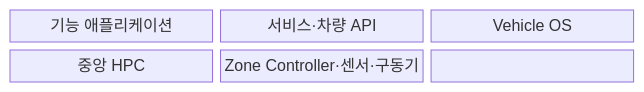
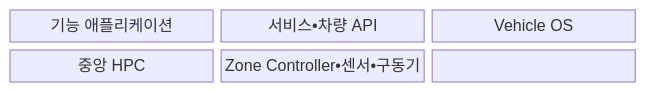
One commit to agnusdei1207/knowledge-base changed the first of 2 diagrams in src/content/docs/notes/08-latest-tech/204_software_defined_vehicle.md. Above: the diagram before and after it, drawn with Mermaid. The commit also changed other lines of this file and 953 other files, not shown here.

````diff
--- a/src/content/docs/notes/08-latest-tech/204_software_defined_vehicle.md
+++ b/src/content/docs/notes/08-latest-tech/204_software_defined_vehicle.md
@@ -68,11 +68,11 @@
 ```mermaid
 block-beta
   columns 3
   N0["기능 애플리케이션"]
-  N1["서비스·차량 API"]
+  N1["서비스•차량 API"]
   N2["Vehicle OS"]
   N3["중앙 HPC"]
-  N4["Zone Controller·센서·구동기"]
+  N4["Zone Controller•센서•구동기"]
   N0 --- N1 --- N2
   N2 --- N3 --- N4
 ```
````
